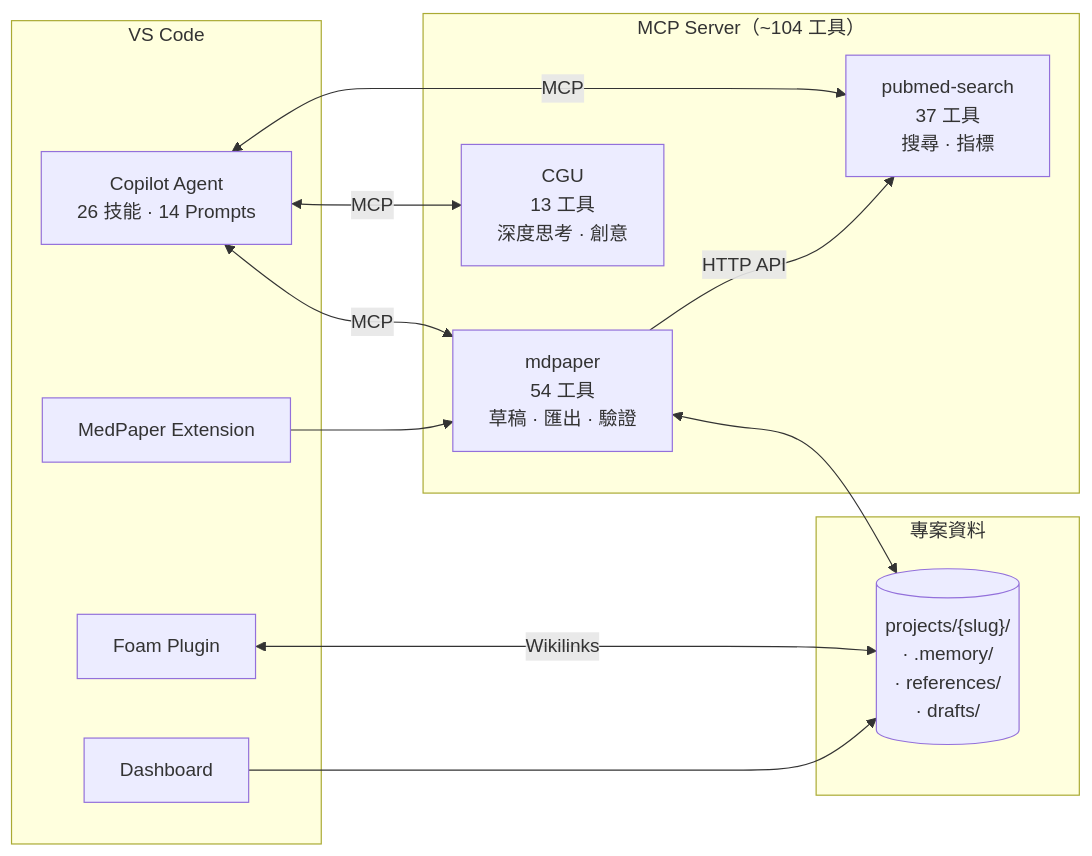
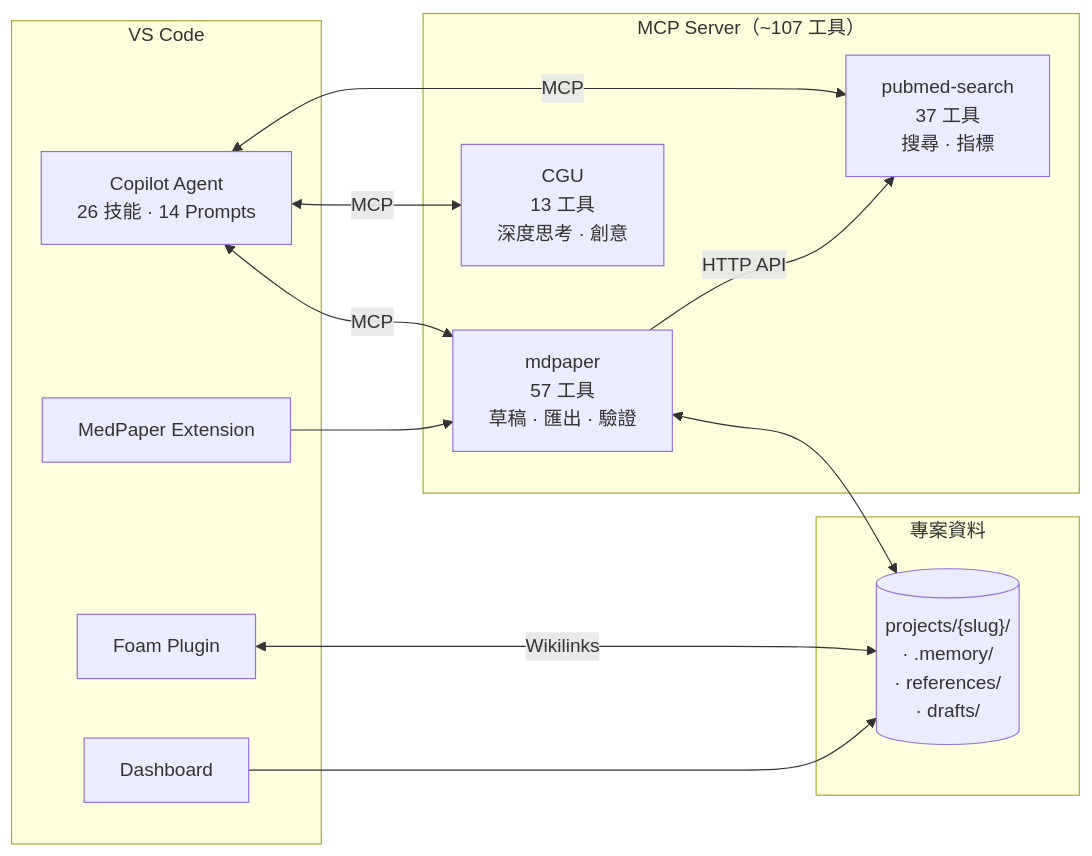
Before and after one commit to u9401066/med-paper-assistant: the diagram in README.zh-TW.md, drawn with Mermaid. The commit also changed other lines of this file and 1 other file, not shown here.

````diff
--- a/README.zh-TW.md
+++ b/README.zh-TW.md
@@ -41,28 +41,28 @@
 ```mermaid
 flowchart LR
     subgraph IDE["VS Code"]
         Agent["Copilot Agent<br/>26 技能 · 14 Prompts"]
         Foam[Foam Plugin]
         Ext[MedPaper Extension]
         Dash[Dashboard]
     end
 
-    subgraph MCP["MCP Server（~104 工具）"]
-        mdpaper["mdpaper<br/>54 工具<br/>草稿 · 匯出 · 驗證"]
+    subgraph MCP["MCP Server（~107 工具）"]
+        mdpaper["mdpaper<br/>57 工具<br/>草稿 · 匯出 · 驗證"]
         pubmed["pubmed-search<br/>37 工具<br/>搜尋 · 指標"]
         cgu["CGU<br/>13 工具<br/>深度思考 · 創意"]
     end
 
     subgraph Data["專案資料"]
         proj[("projects/{slug}/<br/>· .memory/<br/>· references/<br/>· drafts/")]
     end
 
     Agent <-->|MCP| mdpaper
     Agent <-->|MCP| pubmed
     Agent <-->|MCP| cgu
     mdpaper -->|HTTP API| pubmed
     Foam <-->|Wikilinks| proj
     mdpaper <--> proj
     Ext --> mdpaper
     Dash --> proj
 ```
````
